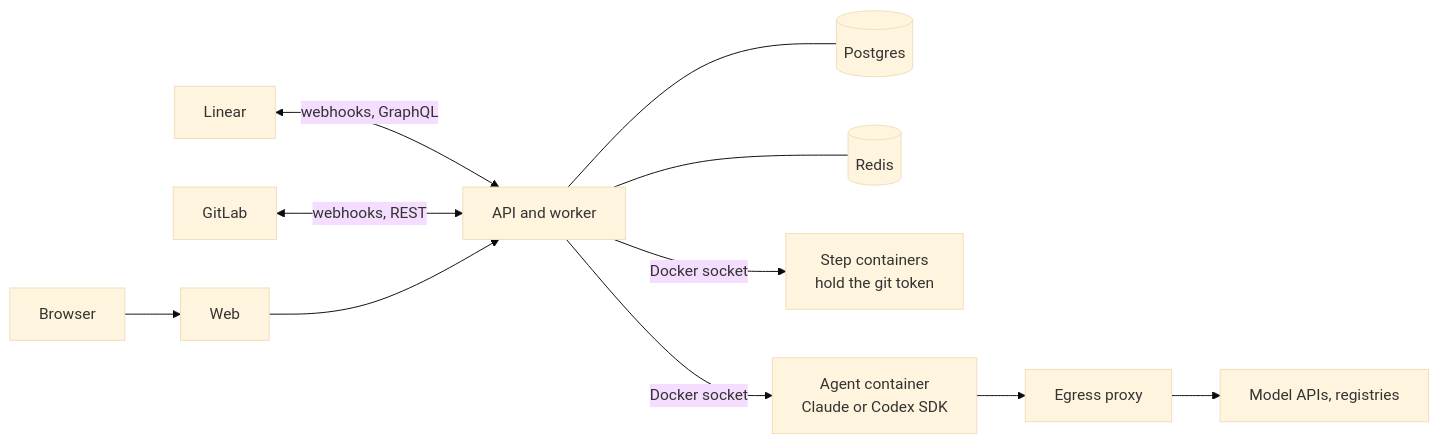
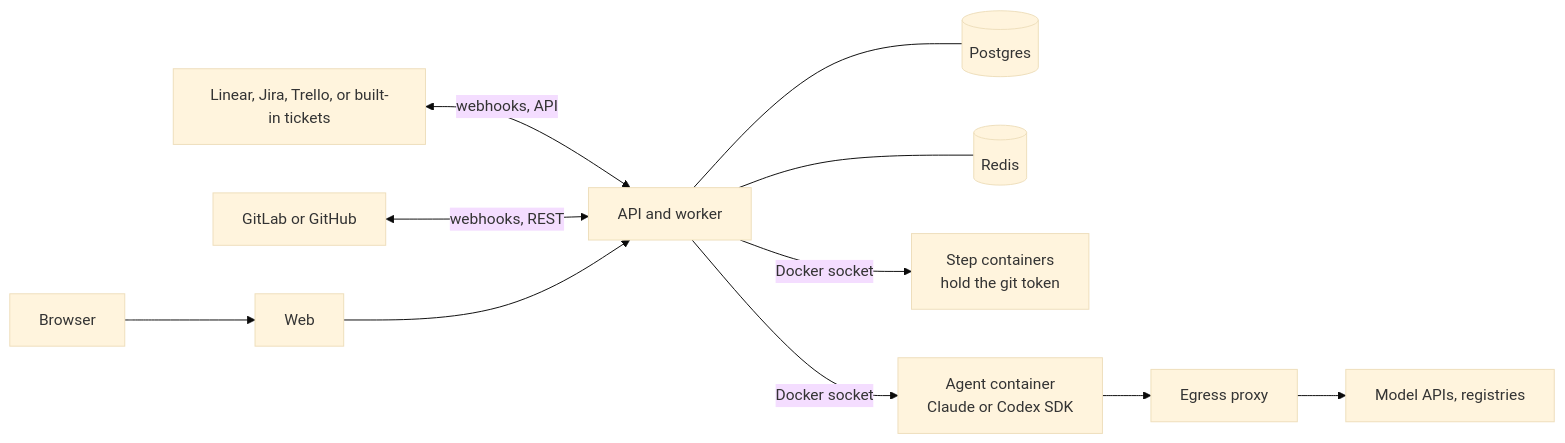
The diagram in README.md (WebEferen/factorix), drawn with Mermaid (base theme) before and after one commit. The commit also changed other lines of this file and 49 other files, not shown here.

First line of the commit message:
feat: GitHub, Jira, Trello, and built-in tickets

````diff
--- a/README.md
+++ b/README.md
@@ -9,11 +16,11 @@
 ```mermaid
 flowchart LR
-  L[Linear] <-- webhooks, GraphQL --> A
-  G[GitLab] <-- webhooks, REST --> A
+  L[Linear, Jira, Trello, or built-in tickets] <-- webhooks, API --> A
+  G[GitLab or GitHub] <-- webhooks, REST --> A
   B[Browser] --> W[Web] --> A[API and worker]
   A --- D[(Postgres)]
   A --- R[(Redis)]
   A -- Docker socket --> S[Step containers<br/>hold the git token]
   A -- Docker socket --> C[Agent container<br/>Claude or Codex SDK]
   C --> P[Egress proxy] --> M[Model APIs, registries]
 ```
````
